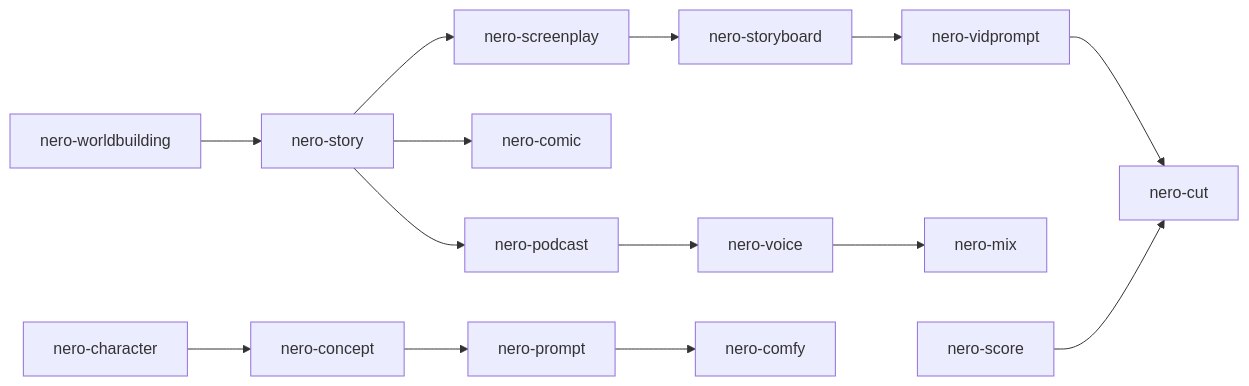
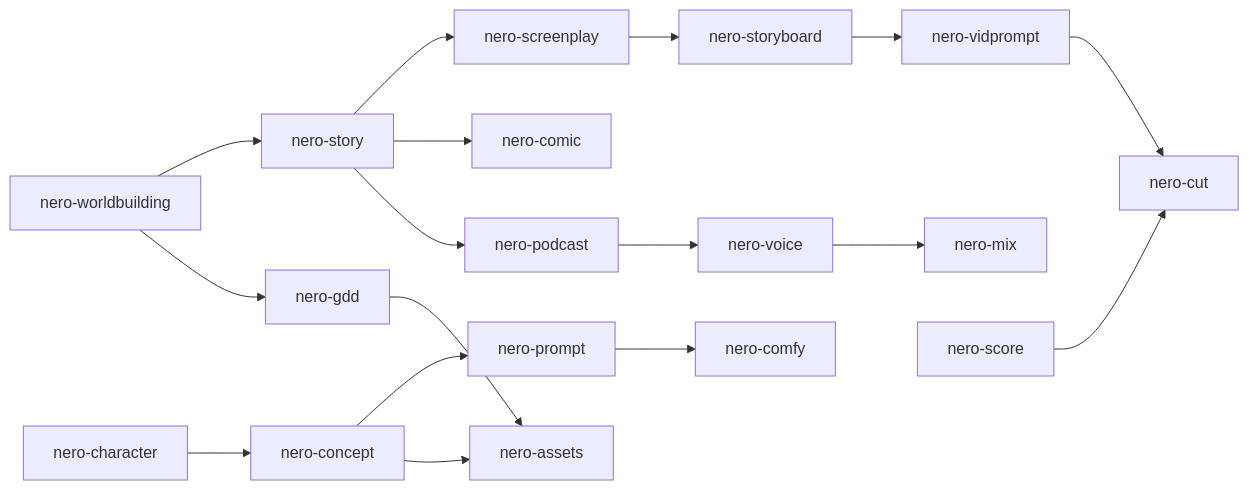
One commit to KMC1525/nero changed the first of 7 diagrams in README.md. Above: the diagram before and after it, drawn with Mermaid. The commit also changed other lines of this file and 83 other files, not shown here.

````diff
--- a/README.md
+++ b/README.md
@@ -451,16 +522,19 @@
 ```mermaid
 flowchart LR
     WB[nero-worldbuilding] --> ST[nero-story]
     ST --> SP[nero-screenplay]
     SP --> SBD[nero-storyboard]
     SBD --> VP[nero-vidprompt]
     VP --> CT[nero-cut]
     ST --> CM[nero-comic]
     ST --> PD[nero-podcast]
     PD --> VC[nero-voice]
     VC --> MX[nero-mix]
     SC[nero-score] --> CT
     CH[nero-character] --> CN[nero-concept]
     CN --> PM[nero-prompt]
     PM --> CF[nero-comfy]
+    WB --> GDD[nero-gdd]
+    GDD --> AST[nero-assets]
+    CN --> AST
 ```
````
